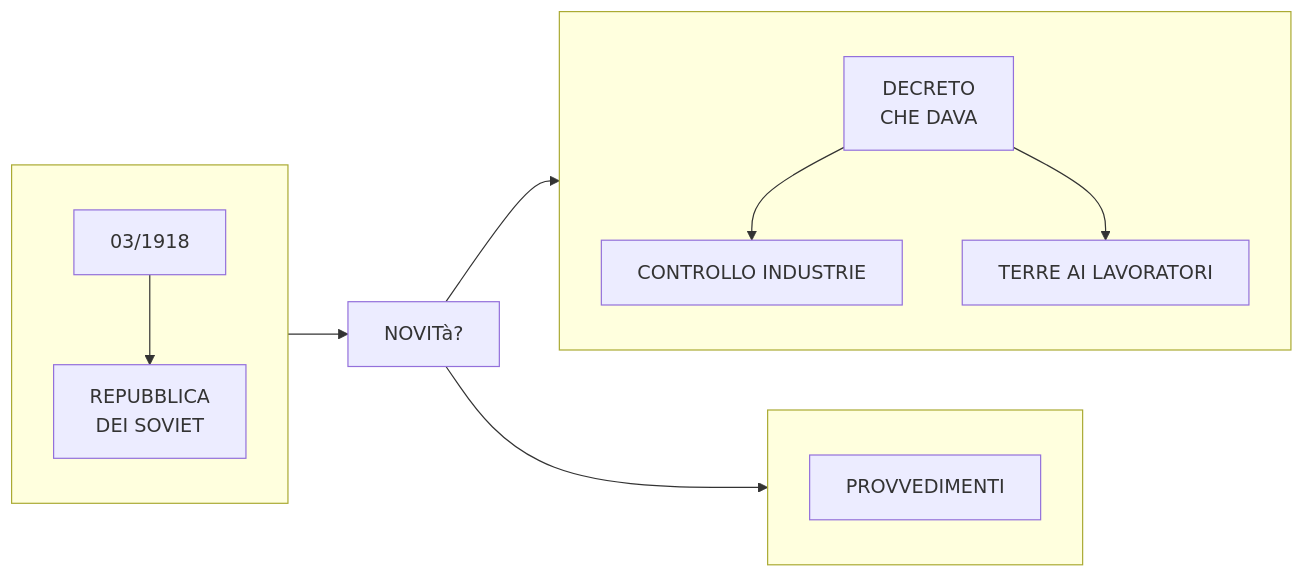
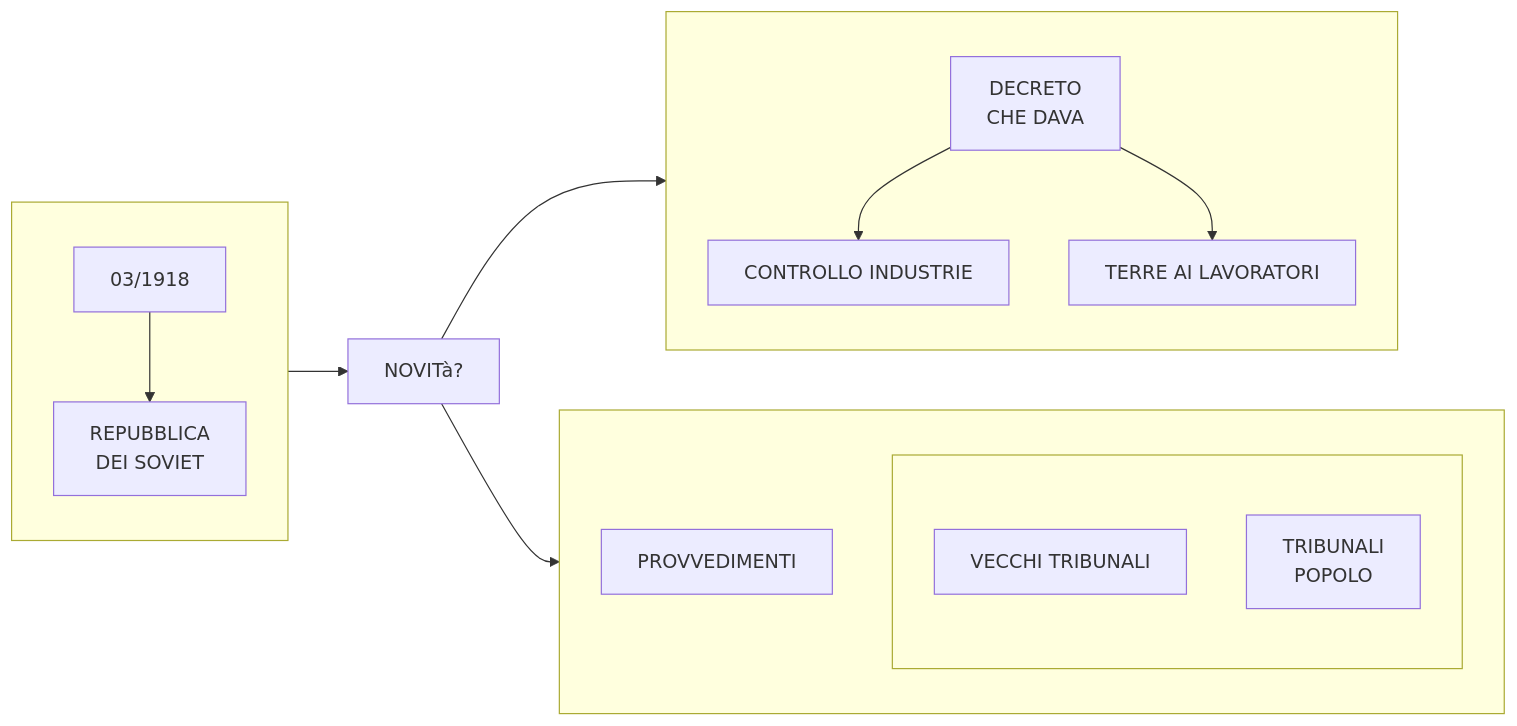
The fourth of 4 diagrams in stalinismo.md (Laaouatni/ricerca-storia-MermaidJS), drawn with Mermaid before and after one commit.

````diff
--- a/stalinismo.md
+++ b/stalinismo.md
@@ -118,20 +118,23 @@
 ```mermaid
 flowchart LR
     subgraph 0[" "]
         00[03/1918] -->
         000[REPUBBLICA <br> DEI SOVIET]
     end
     01[NOVITà?]
     subgraph 013[" "]
         direction TB;
         010[DECRETO <br> CHE DAVA]
         011[CONTROLLO INDUSTRIE]
         012[TERRE AI LAVORATORI]
         010 --> 011 & 012
     end
     subgraph 014[" "]
-        0140[PROVVEDIMENTI]
-        
+        1[PROVVEDIMENTI]
+        subgraph 10[" "]
+            100[VECCHI TRIBUNALI]
+            101[TRIBUNALI <br> POPOLO]
+        end
     end
     0 --> 01 --> 013 & 014
 ```
````
